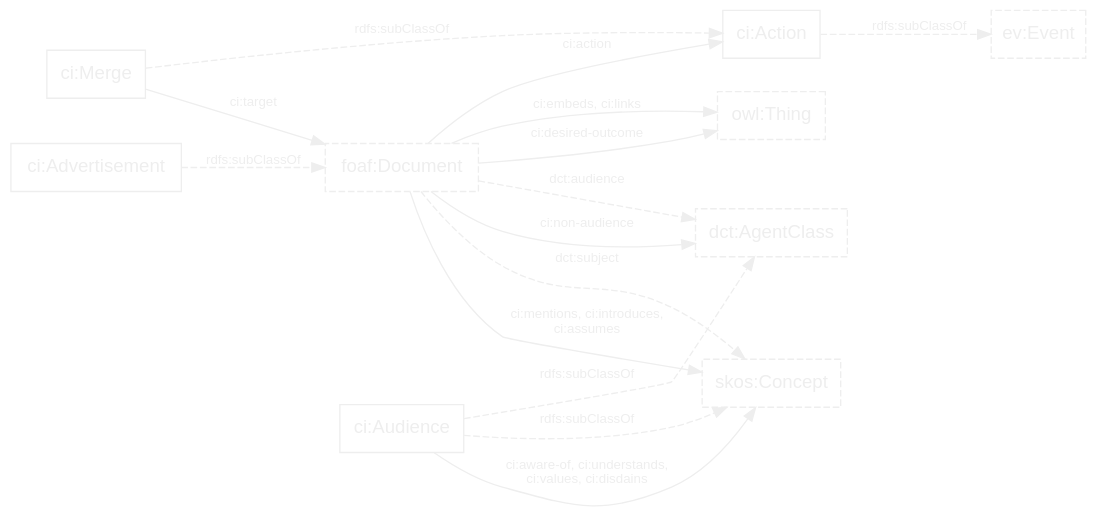
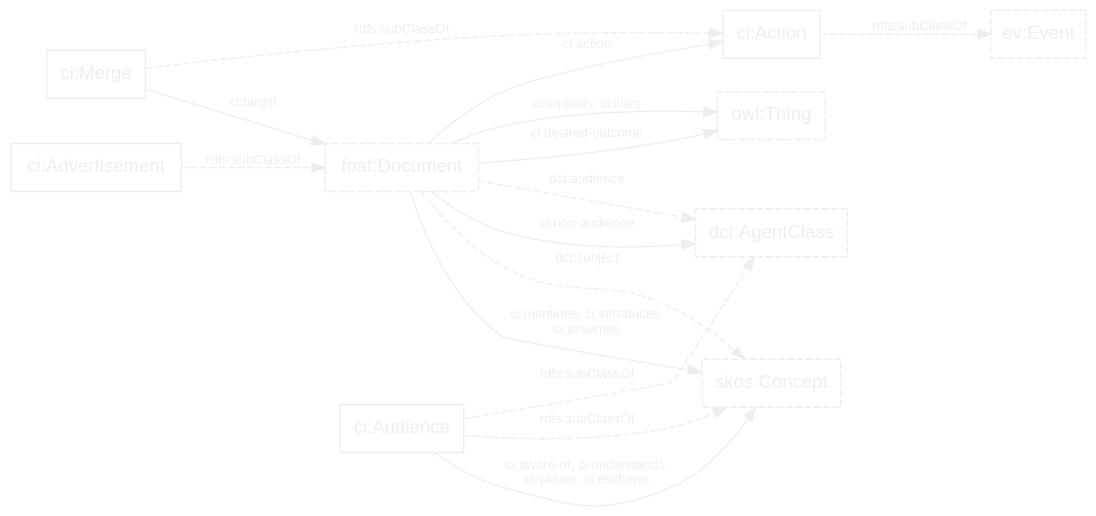
One commit to doriantaylor/owl-content-inventory changed the diagram in example.dot. Above: the diagram before and after it, drawn with Graphviz. The commit also changed 1 other file, not shown here.

Commit message:
rename "disdains" to "eschews"

```diff
--- a/example.dot
+++ b/example.dot
@@ -1,39 +1,39 @@
 digraph {
     graph [bgcolor=transparent,rankdir=LR];
     node [shape=box,color="#eeeeee",fontcolor="#eeeeee",fontname="Lucida Grande, Lucida Sans Unicode, sans-serif",target="_top"];
     edge [fontsize=10,concentrate=true,color="#eeeeee",fontcolor="#eeeeee",fontname="Lucida Grande, Lucida Sans Unicode, sans-serif"];
     subgraph {
         node [style=dashed];
         owl_Thing [label="owl:Thing",href="https://www.w3.org/TR/2012/REC-owl2-syntax-20121211/#a_Thing"];
         ev_Event [label="ev:Event",href="http://motools.sourceforge.net/event/event.html#term_Event"];
         dct_AgentClass [label="dct:AgentClass",href="http://www.dublincore.org/specifications/dublin-core/dcmi-terms/#terms-AgentClass"];
         skos_Concept [label="skos:Concept",href="https://www.w3.org/TR/skos-reference/#concepts"];
         foaf_Document [label="foaf:Document",href="http://xmlns.com/foaf/spec/#term_Document"];
     }
 
     ci_Action [label="ci:Action",href="https://privatealpha.com/ontology/content-inventory/1#Action"];
     ci_Advertisement [label="ci:Advertisement",href="https://privatealpha.com/ontology/content-inventory/1#Advertisement"];
     ci_Audience [label="ci:Audience",href="https://privatealpha.com/ontology/content-inventory/1#Audience"];
     ci_Merge [label="ci:Merge",href="https://privatealpha.com/ontology/content-inventory/1#Merge"];
     ci_Merge -> foaf_Document [label="ci:target"];
     foaf_Document -> ci_Action [label="ci:action"];
 
     foaf_Document -> skos_Concept [label="ci:mentions, ci:introduces,\nci:assumes"];
-    ci_Audience -> skos_Concept [label="ci:aware-of, ci:understands,\nci:values, ci:disdains"];
+    ci_Audience -> skos_Concept [label="ci:aware-of, ci:understands,\nci:values, ci:eschews"];
     foaf_Document -> dct_AgentClass [label="ci:non-audience"];
     foaf_Document -> owl_Thing [label="ci:desired-outcome"];
     foaf_Document -> owl_Thing [label="ci:embeds, ci:links"];
     
     subgraph {
         edge [style=dashed, label="rdfs:subClassOf"];
         ci_Merge -> ci_Action -> ev_Event;
         ci_Audience -> dct_AgentClass;
         ci_Audience -> skos_Concept;
         ci_Advertisement -> foaf_Document;
     }
     subgraph {
         edge [style=dashed];
         foaf_Document -> skos_Concept [label="dct:subject"];
         foaf_Document -> dct_AgentClass [label="dct:audience"];
     }
 }
```
